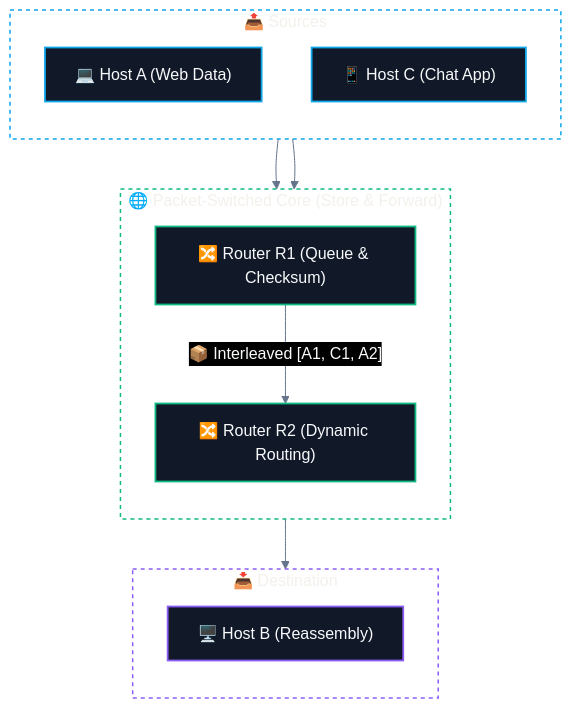
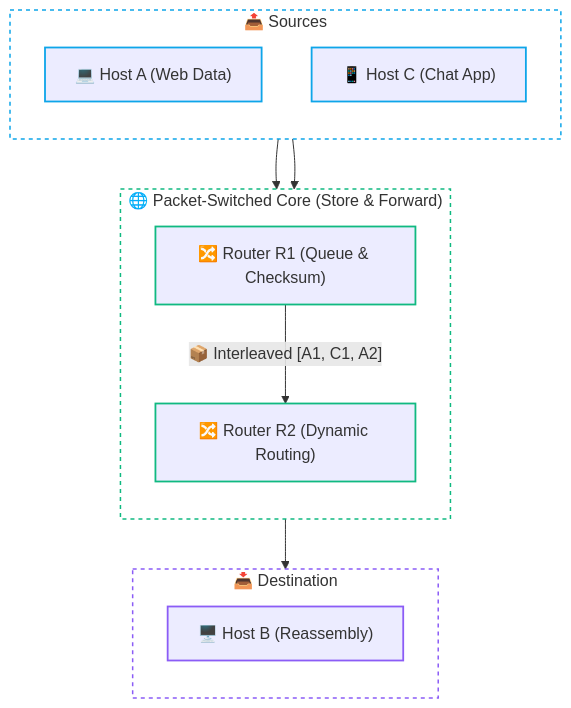
The second of 4 diagrams in CS/Computer Networking/01. Architecture & Fundamentals/03. Switching Techniques - Packet vs Circuit.md (abhinavbharti2345/CS_Notes), drawn with Mermaid before and after one commit. The commit also changed other lines of this file and 91 other files, not shown here.

````diff
--- a/CS/Computer Networking/01. Architecture & Fundamentals/03. Switching Techniques - Packet vs Circuit.md
+++ b/CS/Computer Networking/01. Architecture & Fundamentals/03. Switching Techniques - Packet vs Circuit.md
@@ -70,37 +69,36 @@
 ```mermaid
-%%{init: {'theme': 'base', 'themeVariables': { 'darkMode': true, 'background': '#0B0F14', 'mainBkg': '#111827', 'primaryColor': '#111827', 'primaryTextColor': '#F8FAFC', 'primaryBorderColor': '#38BDF8', 'lineColor': '#64748B', 'secondaryColor': '#0B0F14', 'tertiaryColor': '#0B0F14', 'clusterBkg': '#0B0F14', 'clusterBorder': '#38BDF8' }}}%%
 flowchart TD
     subgraph Senders ["📤 Sources"]
         direction TD
         H1["💻 Host A (Web Data)"]
         H2["📱 Host C (Chat App)"]
     end
 
     subgraph Core ["🌐 Packet-Switched Core (Store & Forward)"]
         direction TD
         R1["🔀 Router R1 (Queue & Checksum)"]
         R2["🔀 Router R2 (Dynamic Routing)"]
         R1 -->|"📦 Interleaved [A1, C1, A2]"| R2
     end
 
     subgraph Receiver ["📥 Destination"]
         direction TD
         HB["🖥️ Host B (Reassembly)"]
     end
 
     H1 --> R1
     H2 --> R1
     R2 --> HB
 
     style Senders fill:none,stroke:#0ea5e9,stroke-width:1.5px,stroke-dasharray:4 4
     style Core fill:none,stroke:#10b981,stroke-width:1.5px,stroke-dasharray:4 4
     style Receiver fill:none,stroke:#8b5cf6,stroke-width:1.5px,stroke-dasharray:4 4
 
-    classDef host fill:#111827,stroke:#0ea5e9,stroke-width:1.8px,color:#F8FAFC;
-    classDef router fill:#111827,stroke:#10b981,stroke-width:1.8px,color:#F8FAFC;
-    classDef dest fill:#111827,stroke:#8b5cf6,stroke-width:1.8px,color:#F8FAFC;
+    classDef host stroke:#0ea5e9,stroke-width:1.8px;
+    classDef router stroke:#10b981,stroke-width:1.8px;
+    classDef dest stroke:#8b5cf6,stroke-width:1.8px;
 
     class H1,H2 host;
     class R1,R2 router;
     class HB dest;
 ```
````
